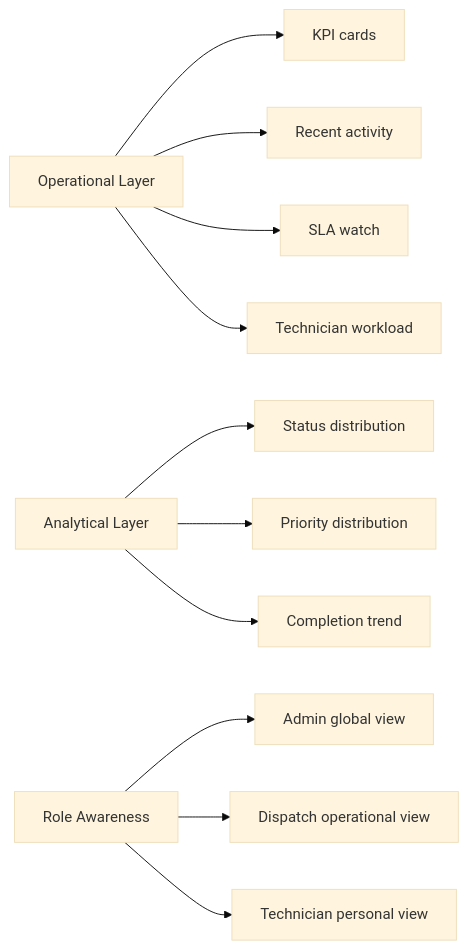
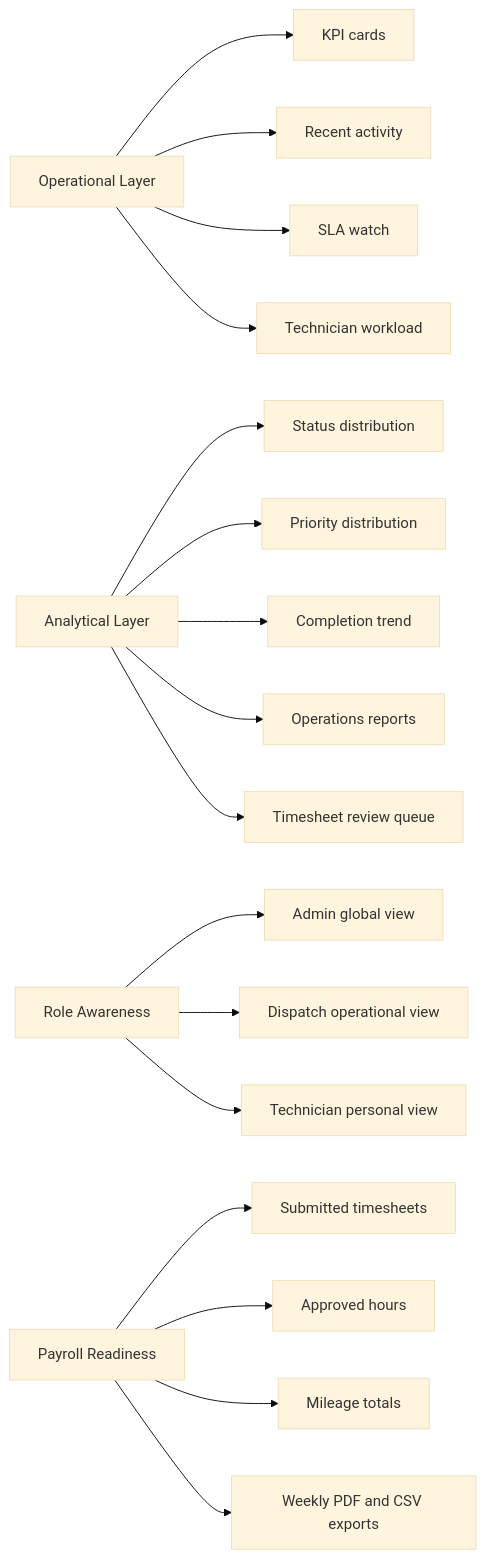
Diagram 12 of 13 in README.MD (skawuma/A3-FSM-Deployment), drawn with Mermaid (base theme) before and after one commit. The commit also changed other lines of this file and 1 other file, not shown here.

Commit message:
Document Sprint 13 roadmap and timesheet workflows

````diff
--- a/README.MD
+++ b/README.MD
@@ -311,15 +502,22 @@
 ```mermaid
 flowchart LR
     A[Operational Layer] --> A1[KPI cards]
     A --> A2[Recent activity]
     A --> A3[SLA watch]
     A --> A4[Technician workload]
 
     B[Analytical Layer] --> B1[Status distribution]
     B --> B2[Priority distribution]
     B --> B3[Completion trend]
+    B --> B4[Operations reports]
+    B --> B5[Timesheet review queue]
 
     C[Role Awareness] --> C1[Admin global view]
     C --> C2[Dispatch operational view]
     C --> C3[Technician personal view]
+
+    D[Payroll Readiness] --> D1[Submitted timesheets]
+    D --> D2[Approved hours]
+    D --> D3[Mileage totals]
+    D --> D4[Weekly PDF and CSV exports]
 ```
````
